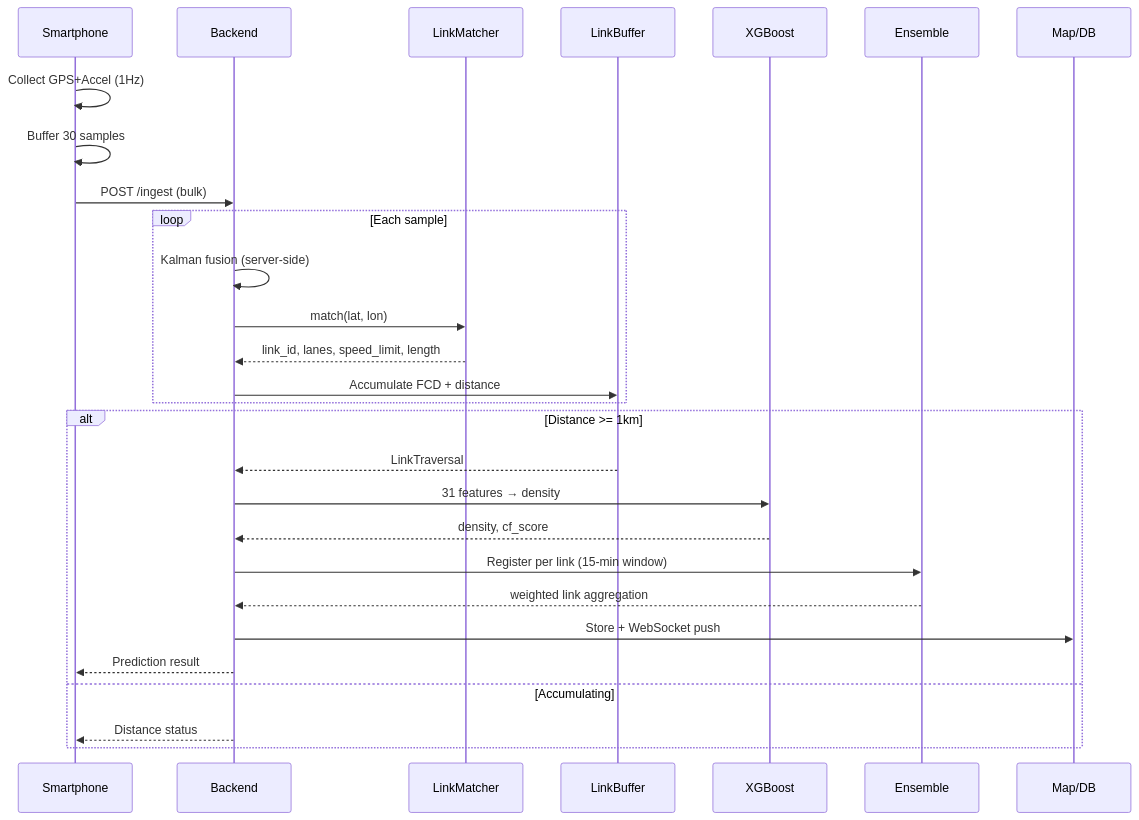
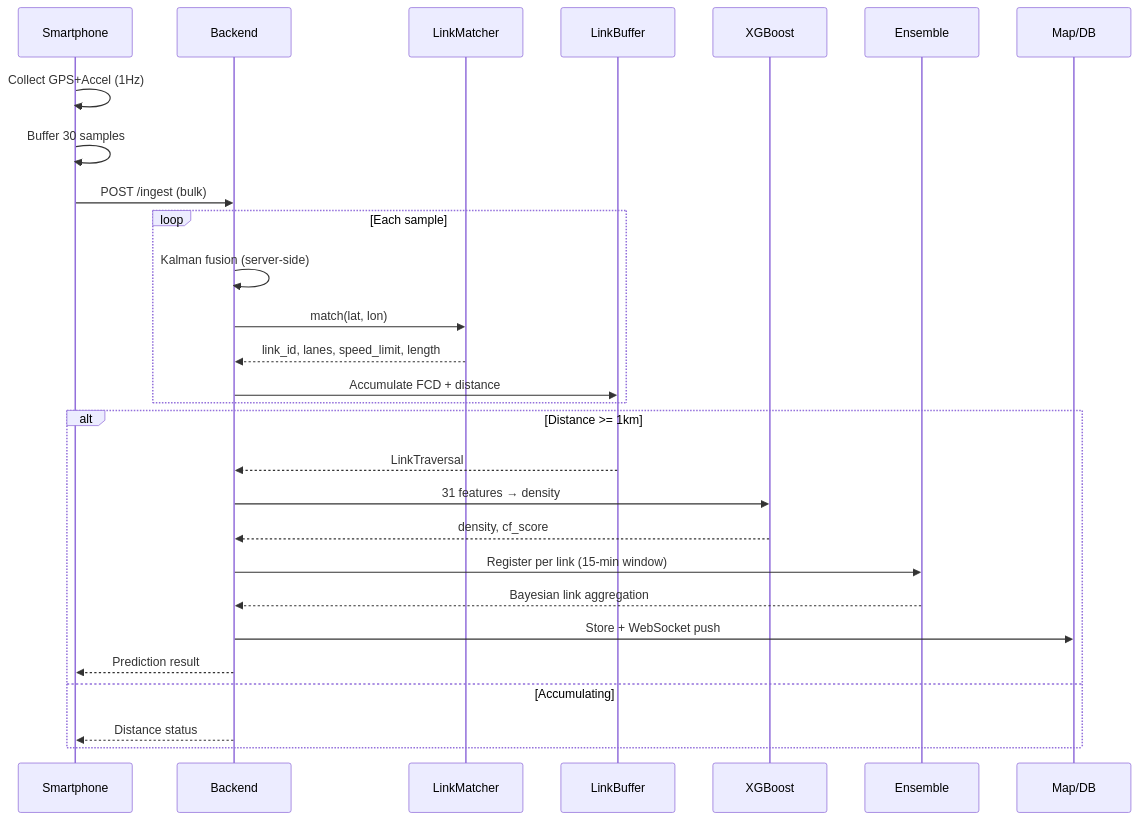
One commit to sewon-p/ml_project changed the second of 4 diagrams in README.md. Above: the diagram before and after it, drawn with Mermaid. The commit also changed other lines of this file and 8 other files, not shown here.

Commit message:
Adopt Bayesian link fusion and refresh result docs

````diff
--- a/README.md
+++ b/README.md
@@ -91,33 +91,33 @@
 ```mermaid
 sequenceDiagram
     participant Phone as Smartphone
     participant Server as Backend
     participant GIS as LinkMatcher
     participant LB as LinkBuffer
     participant ML as XGBoost
     participant Ens as Ensemble
     participant Map as Map/DB
 
     Phone->>Phone: Collect GPS+Accel (1Hz)
     Phone->>Phone: Buffer 30 samples
     Phone->>Server: POST /ingest (bulk)
 
     loop Each sample
         Server->>Server: Kalman fusion (server-side)
         Server->>GIS: match(lat, lon)
         GIS-->>Server: link_id, lanes, speed_limit, length
         Server->>LB: Accumulate FCD + distance
     end
 
     alt Distance >= 1km
         LB-->>Server: LinkTraversal
         Server->>ML: 31 features → density
         ML-->>Server: density, cf_score
         Server->>Ens: Register per link (15-min window)
-        Ens-->>Server: weighted link aggregation
+        Ens-->>Server: Bayesian link aggregation
         Server->>Map: Store + WebSocket push
         Server-->>Phone: Prediction result
     else Accumulating
         Server-->>Phone: Distance status
     end
 ```
````
